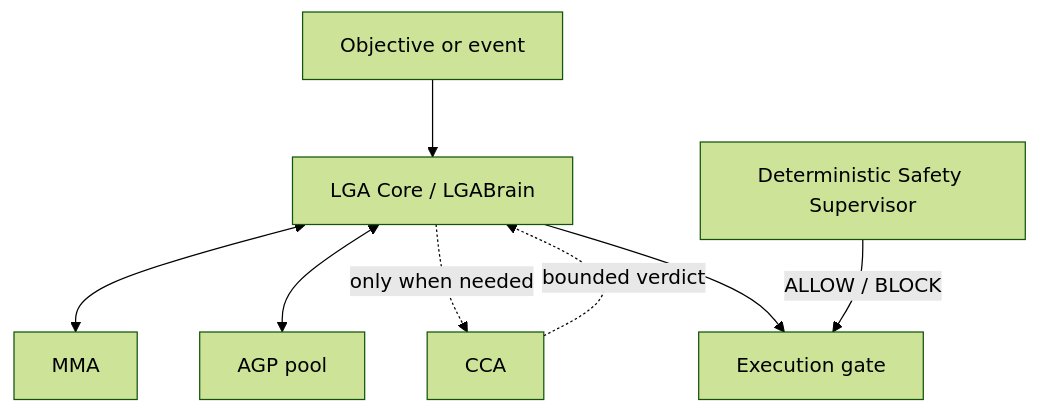
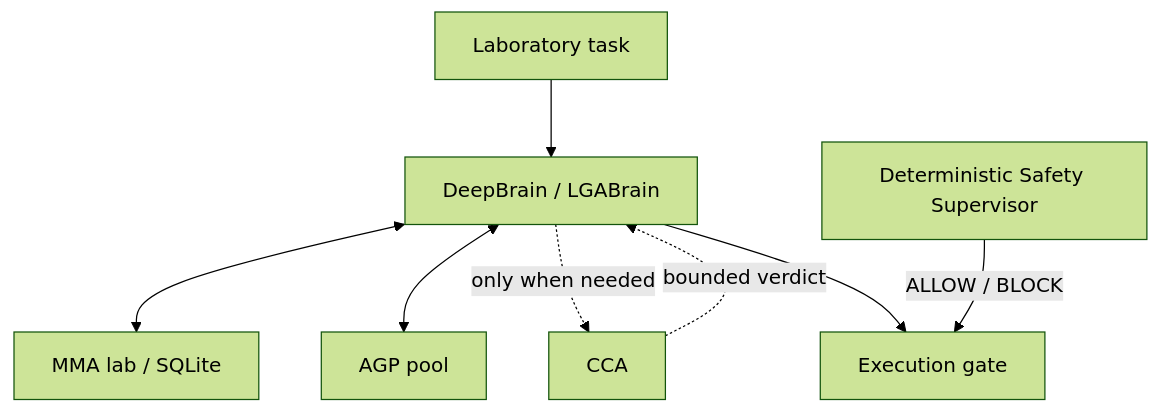
The diagram in profile/airootfs/opt/lga/nanolga/README.md (rafaelsantos-cs/Workspace.iso), drawn with Mermaid (forest theme) before and after one commit. The commit also changed other lines of this file and 23 other files, not shown here.

````diff
--- a/profile/airootfs/opt/lga/nanolga/README.md
+++ b/profile/airootfs/opt/lga/nanolga/README.md
@@ -13,10 +19,10 @@
 ```mermaid
 flowchart TD
-    E["Objective or event"] --> C["LGA Core / LGABrain"]
-    C <--> M["MMA"]
+    E["Laboratory task"] --> C["DeepBrain / LGABrain"]
+    C <--> M["MMA lab / SQLite"]
     C <--> A["AGP pool"]
     C -. "only when needed" .-> D["CCA"]
     D -. "bounded verdict" .-> C
     C --> G["Execution gate"]
     S["Deterministic Safety Supervisor"] -->|"ALLOW / BLOCK"| G
 ```
````
